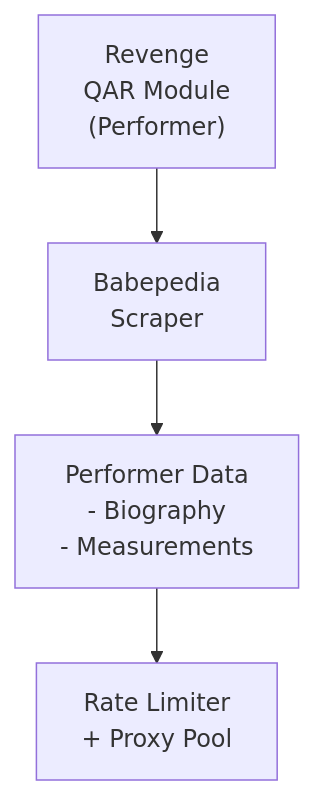
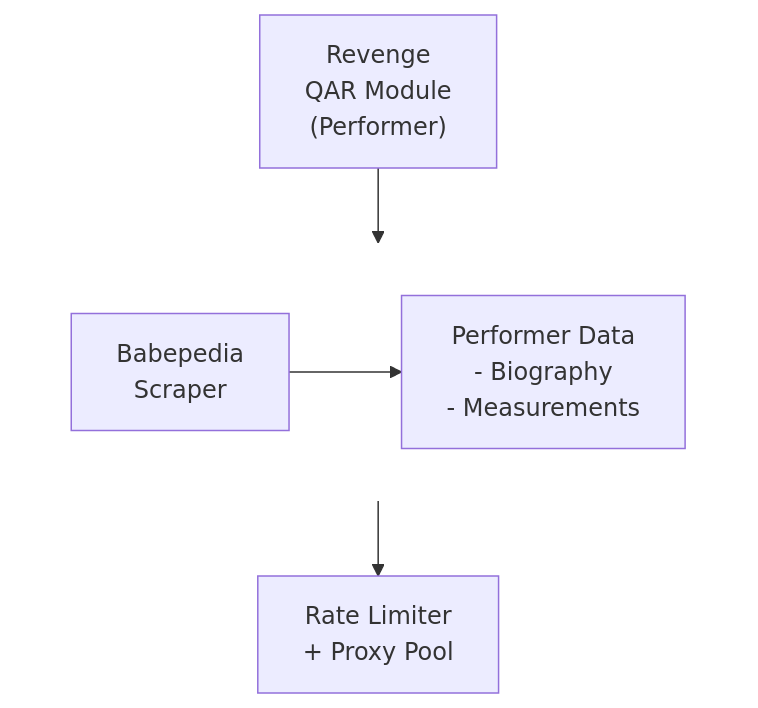
The diagram in docs/dev/design/integrations/wiki/adult/BABEPEDIA.md (lusoris/revenge), drawn with Mermaid before and after one commit. The commit also changed 210 other files, not shown here.

First line of the commit message:
feat(docs): Add horizontal layout support for Mermaid diagrams

````diff
--- a/docs/dev/design/integrations/wiki/adult/BABEPEDIA.md
+++ b/docs/dev/design/integrations/wiki/adult/BABEPEDIA.md
@@ -57,10 +57,16 @@
 ```mermaid
 flowchart TD
     node1["Revenge<br/>QAR Module<br/>(Performer)"]
-    node2["Babepedia<br/>Scraper"]
-    node3["Performer Data<br/>- Biography<br/>- Measurements"]
+    subgraph row1[ ]
+        direction LR
+        node2["Babepedia<br/>Scraper"]
+        node3["Performer Data<br/>- Biography<br/>- Measurements"]
+    end
     node4["Rate Limiter<br/>+ Proxy Pool"]
     node2 --> node3
     node1 --> node2
     node3 --> node4
+
+    %% Hide row subgraph borders
+    style row1 fill:transparent,stroke:transparent
 ```
````
